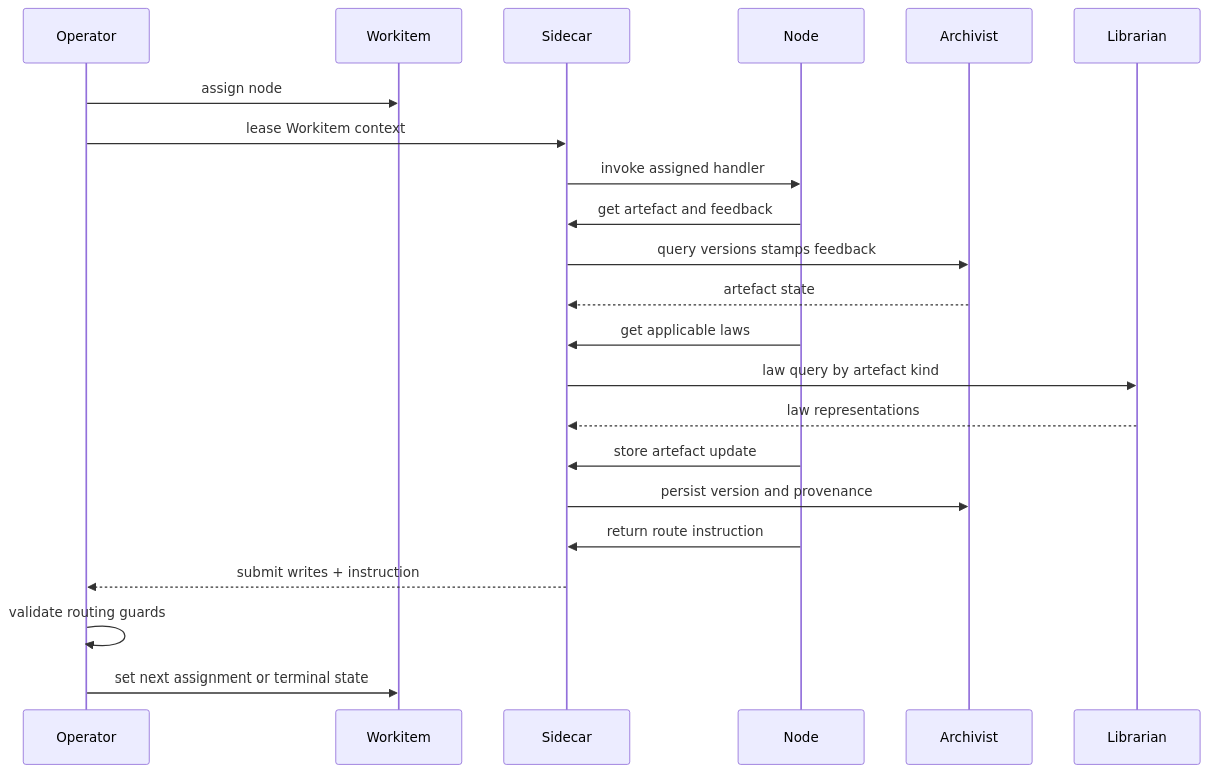
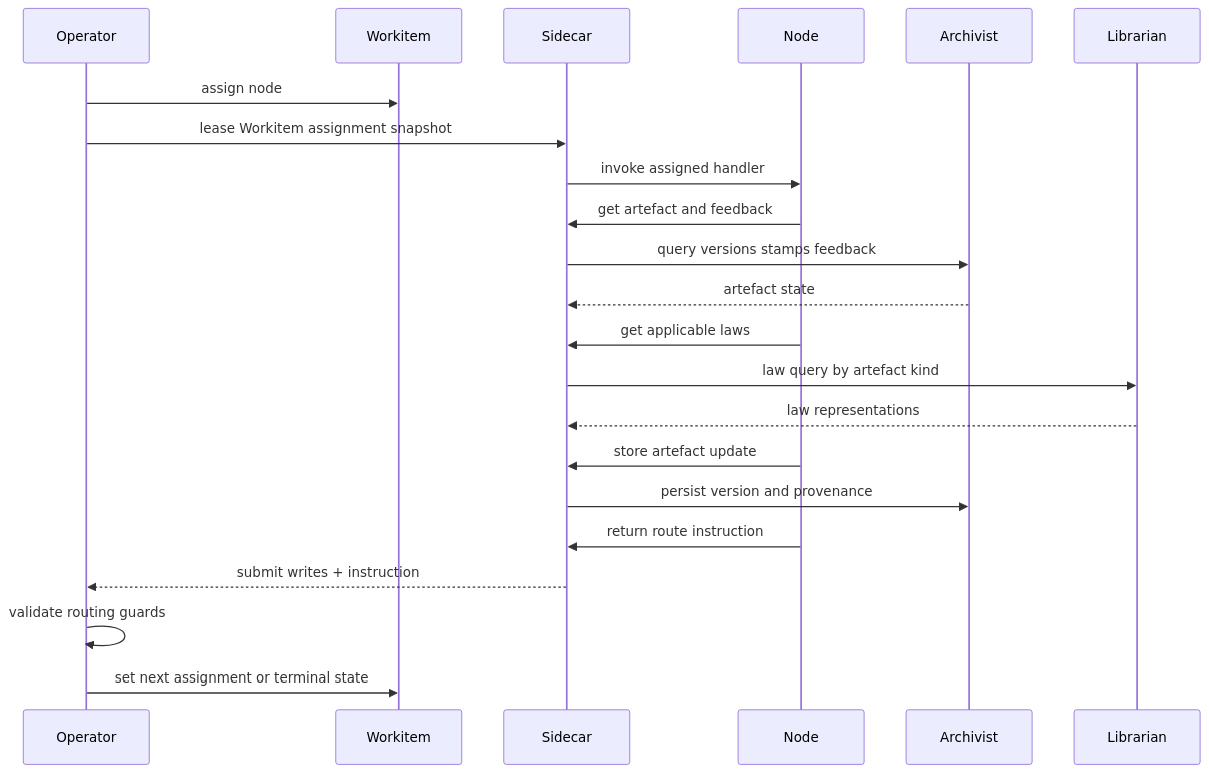
The second of 3 diagrams in 02-flow/00-overview.md (really-knows-ai/gideas), drawn with Mermaid before and after one commit. The commit also changed other lines of this file and 11 other files, not shown here.

````diff
--- a/02-flow/00-overview.md
+++ b/02-flow/00-overview.md
@@ -54,25 +54,25 @@
 ```mermaid
 sequenceDiagram
     participant OP as Operator
     participant WI as Workitem
     participant SC as Sidecar
     participant ND as Node
     participant AR as Archivist
     participant LB as Librarian
 
     OP->>WI: assign node
-    OP->>SC: lease Workitem context
+    OP->>SC: lease Workitem assignment snapshot
     SC->>ND: invoke assigned handler
     ND->>SC: get artefact and feedback
     SC->>AR: query versions stamps feedback
     AR-->>SC: artefact state
     ND->>SC: get applicable laws
     SC->>LB: law query by artefact kind
     LB-->>SC: law representations
     ND->>SC: store artefact update
     SC->>AR: persist version and provenance
     ND->>SC: return route instruction
     SC-->>OP: submit writes + instruction
     OP->>OP: validate routing guards
     OP->>WI: set next assignment or terminal state
 ```
````
